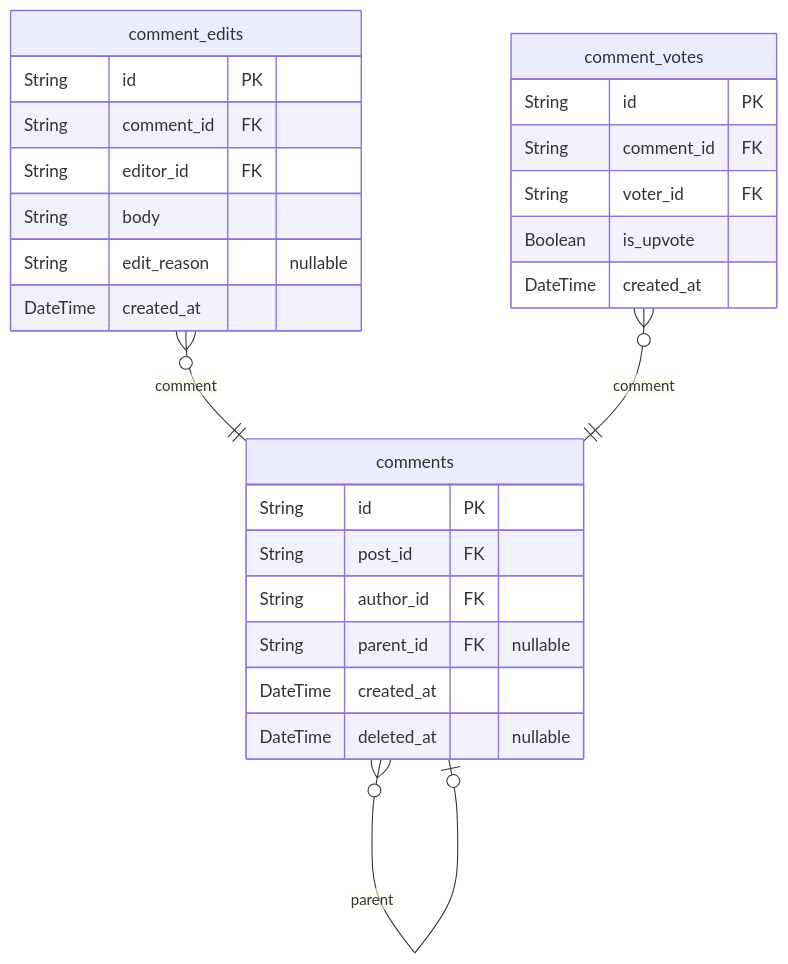
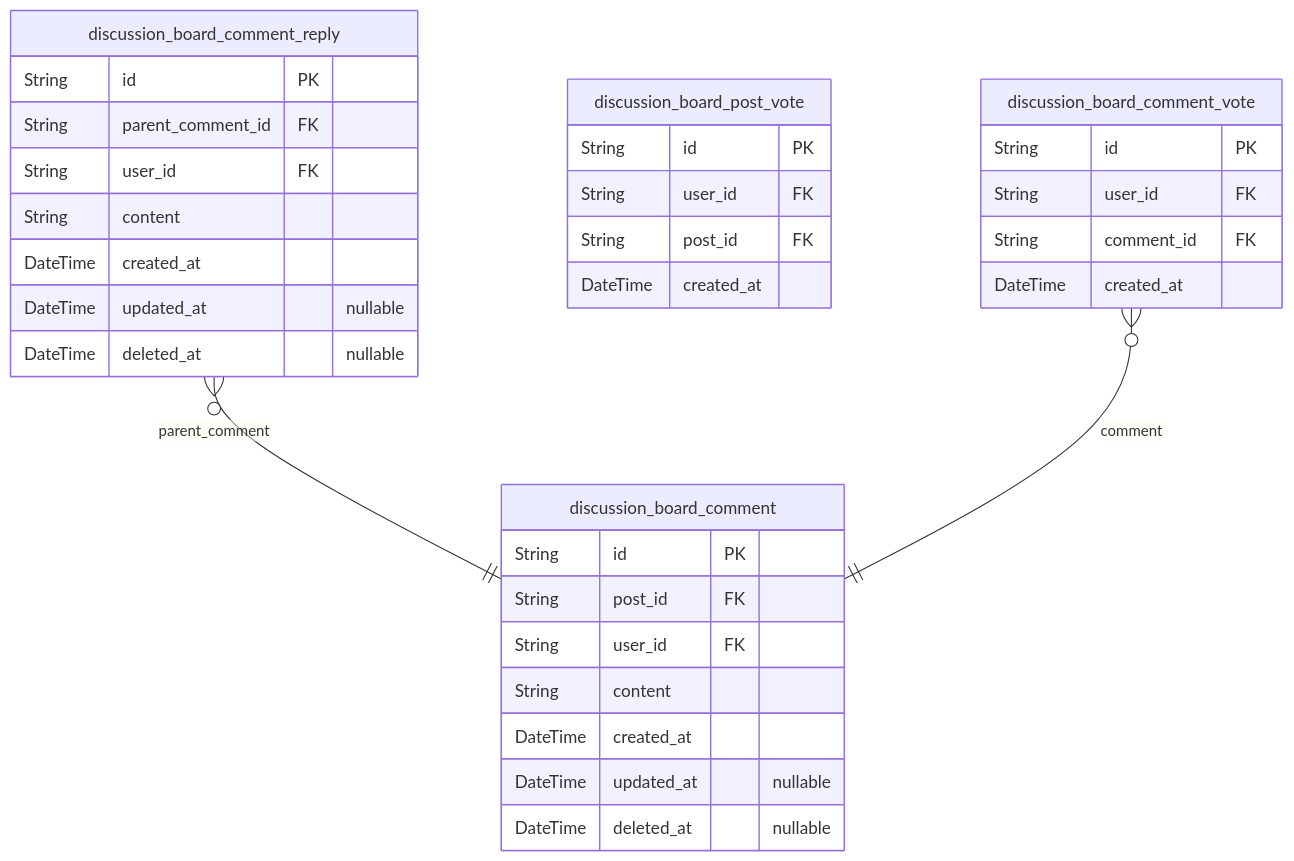
One commit to wrtnlabs/autobe-example-bbs-openai-gpt-4.1 changed the third of 6 diagrams in docs/ERD.md. Above: the diagram before and after it, drawn with Mermaid. The commit also changed other lines of this file and 533 other files, not shown here.

````diff
--- a/docs/ERD.md
+++ b/docs/ERD.md
@@ -389,29 +385,35 @@
 ```mermaid
 erDiagram
-"comments" {
+"discussion_board_comment" {
   String id PK
   String post_id FK
-  String author_id FK
-  String parent_id FK "nullable"
+  String user_id FK
+  String content
   DateTime created_at
+  DateTime updated_at "nullable"
   DateTime deleted_at "nullable"
 }
-"comment_edits" {
+"discussion_board_comment_reply" {
   String id PK
-  String comment_id FK
-  String editor_id FK
-  String body
-  String edit_reason "nullable"
+  String parent_comment_id FK
+  String user_id FK
+  String content
+  DateTime created_at
+  DateTime updated_at "nullable"
+  DateTime deleted_at "nullable"
+}
+"discussion_board_post_vote" {
+  String id PK
+  String user_id FK
+  String post_id FK
   DateTime created_at
 }
-"comment_votes" {
+"discussion_board_comment_vote" {
   String id PK
+  String user_id FK
   String comment_id FK
-  String voter_id FK
-  Boolean is_upvote
   DateTime created_at
 }
-"comments" }o--o| "comments" : parent
-"comment_edits" }o--|| "comments" : comment
-"comment_votes" }o--|| "comments" : comment
+"discussion_board_comment_reply" }o--|| "discussion_board_comment" : parent_comment
+"discussion_board_comment_vote" }o--|| "discussion_board_comment" : comment
 ```
````
